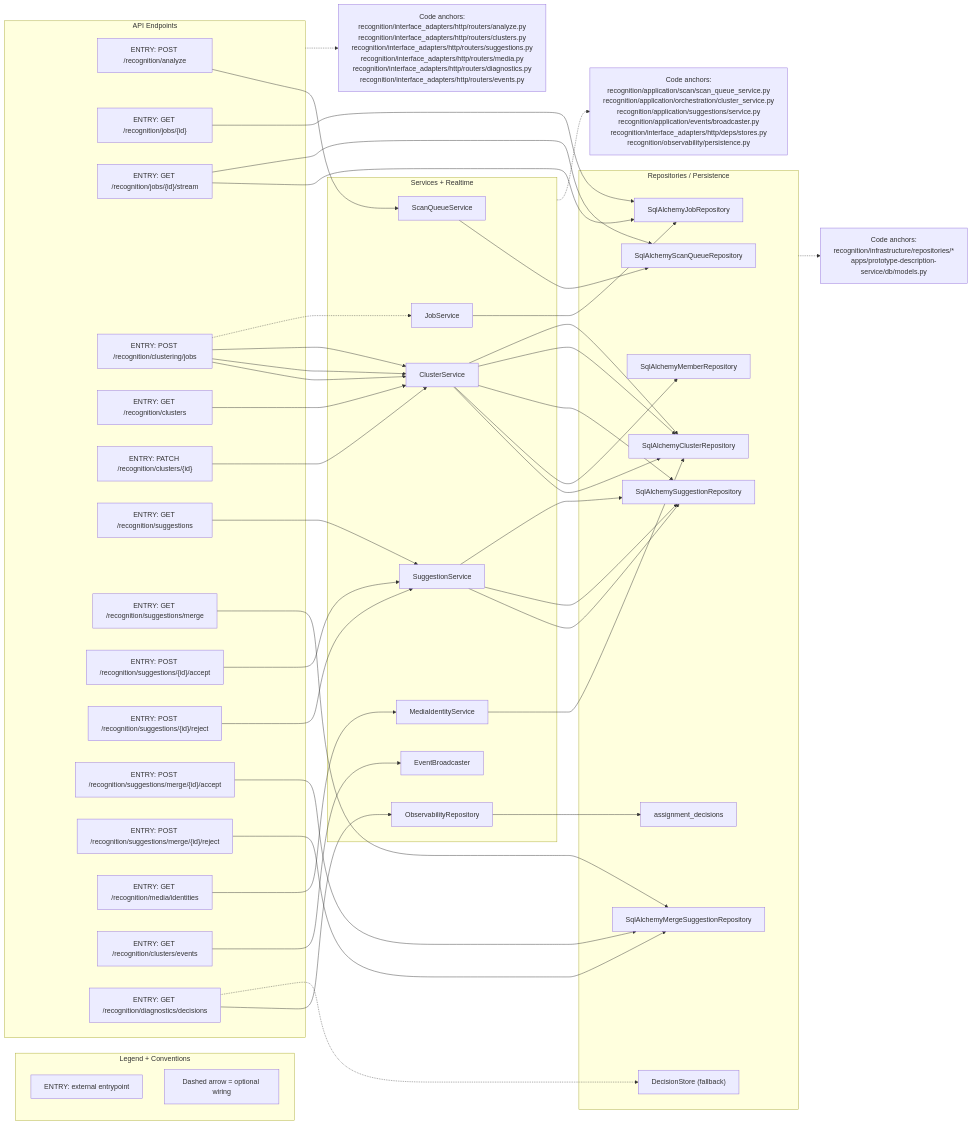
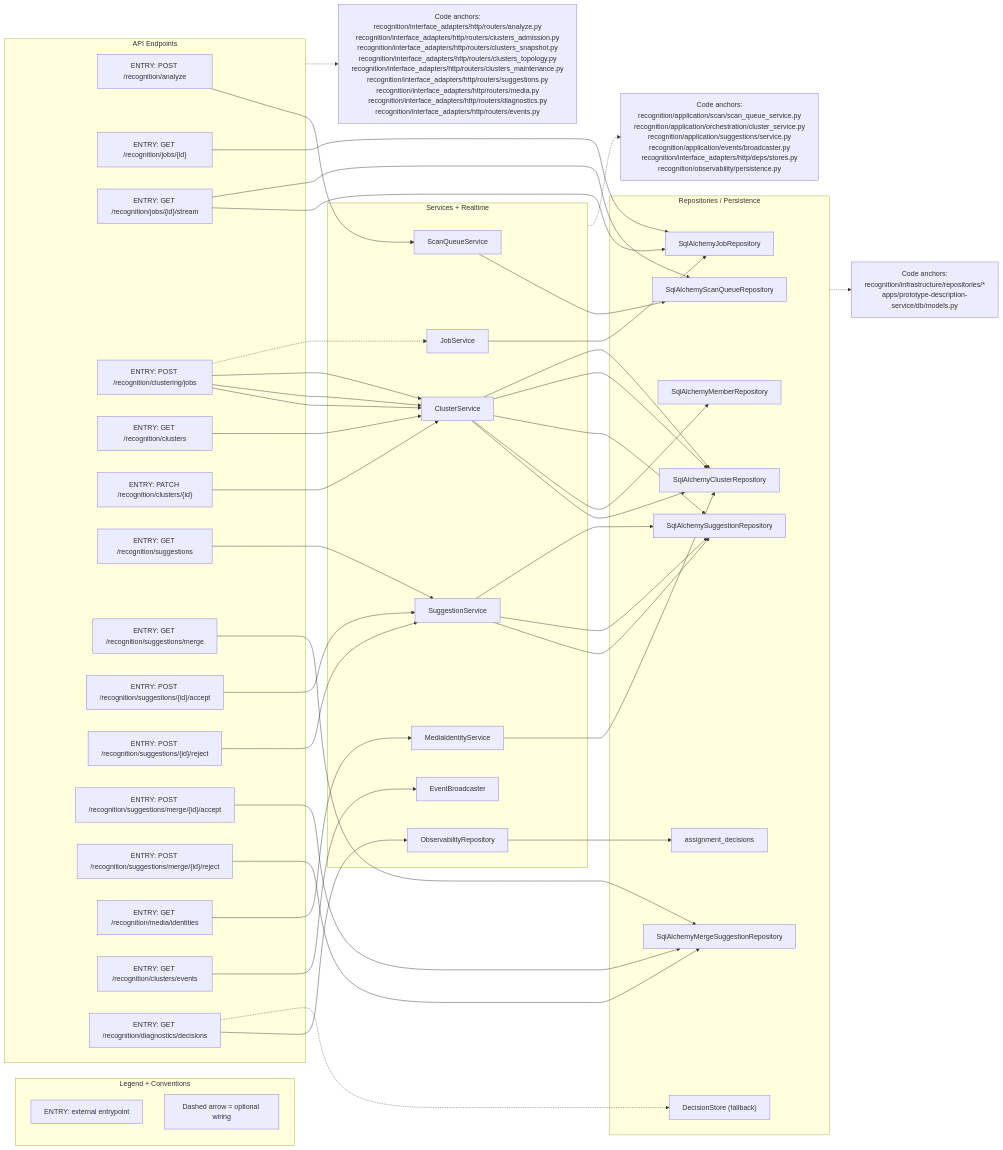
One commit to darce/context-alt-text-monorepo changed the diagram in docs/workstate/diagrams/backend-uml/agent-quick-start.mmd. Above: the diagram before and after it, drawn with Mermaid. The commit also changed 20 other files, not shown here.

```diff
--- a/docs/workstate/diagrams/backend-uml/agent-quick-start.mmd
+++ b/docs/workstate/diagrams/backend-uml/agent-quick-start.mmd
@@ -1,75 +1,75 @@
 flowchart LR
     %% Quick map: endpoints -> services -> repositories
 
     subgraph Legend["Legend + Conventions"]
         direction TB
         LegendEntry["ENTRY: external entrypoint"]
         LegendOptional["Dashed arrow = optional wiring"]
     end
 
     subgraph Endpoints["API Endpoints"]
         Analyze["ENTRY: POST /recognition/analyze"]
         Jobs["ENTRY: GET /recognition/jobs/{id}"]
         JobStream["ENTRY: GET /recognition/jobs/{id}/stream"]
         ClusterJob["ENTRY: POST /recognition/clustering/jobs"]
         Clusters["ENTRY: GET /recognition/clusters"]
         ClusterPatch["ENTRY: PATCH /recognition/clusters/{id}"]
         Suggestions["ENTRY: GET /recognition/suggestions"]
         MergeSuggestions["ENTRY: GET /recognition/suggestions/merge"]
         SuggestAccept["ENTRY: POST /recognition/suggestions/{id}/accept"]
         SuggestReject["ENTRY: POST /recognition/suggestions/{id}/reject"]
         MergeAccept["ENTRY: POST /recognition/suggestions/merge/{id}/accept"]
         MergeReject["ENTRY: POST /recognition/suggestions/merge/{id}/reject"]
         Media["ENTRY: GET /recognition/media/identities"]
         Events["ENTRY: GET /recognition/clusters/events"]
         Diagnostics["ENTRY: GET /recognition/diagnostics/decisions"]
     end
 
     subgraph Services["Services + Realtime"]
         ScanQueue["ScanQueueService"]
         JobService["JobService"]
         ClusterService["ClusterService"]
         SuggestionService["SuggestionService"]
         MediaService["MediaIdentityService"]
         ObsRepo["ObservabilityRepository"]
         Broadcaster["EventBroadcaster"]
     end
 
     subgraph Repos["Repositories / Persistence"]
         ScanQueueRepo["SqlAlchemyScanQueueRepository"]
         JobRepo["SqlAlchemyJobRepository"]
         ClusterRepo["SqlAlchemyClusterRepository"]
         MemberRepo["SqlAlchemyMemberRepository"]
         SuggestionRepo["SqlAlchemySuggestionRepository"]
         MergeSuggestionRepo["SqlAlchemyMergeSuggestionRepository"]
         DecisionsTable["assignment_decisions"]
         DecisionStore["DecisionStore (fallback)"]
     end
 
     Analyze --> ScanQueue --> ScanQueueRepo
     Jobs --> JobRepo
     JobStream --> JobRepo
     JobStream --> ScanQueueRepo
     ClusterJob --> ClusterService --> ClusterRepo
     ClusterJob --> ClusterService --> MemberRepo
     ClusterJob --> ClusterService --> SuggestionRepo
     ClusterJob -.-> JobService --> JobRepo
     Clusters --> ClusterService --> ClusterRepo
     ClusterPatch --> ClusterService --> ClusterRepo
     Suggestions --> SuggestionService --> SuggestionRepo
     SuggestAccept --> SuggestionService --> SuggestionRepo
     SuggestReject --> SuggestionService --> SuggestionRepo
     MergeSuggestions --> MergeSuggestionRepo
     MergeAccept --> MergeSuggestionRepo
     MergeReject --> MergeSuggestionRepo
     Media --> MediaService --> ClusterRepo
     Diagnostics --> ObsRepo --> DecisionsTable
     Diagnostics -.-> DecisionStore
     Events --> Broadcaster
 
-    EndpointCode["Code anchors:\nrecognition/interface_adapters/http/routers/analyze.py\nrecognition/interface_adapters/http/routers/clusters.py\nrecognition/interface_adapters/http/routers/suggestions.py\nrecognition/interface_adapters/http/routers/media.py\nrecognition/interface_adapters/http/routers/diagnostics.py\nrecognition/interface_adapters/http/routers/events.py"]
+    EndpointCode["Code anchors:\nrecognition/interface_adapters/http/routers/analyze.py\nrecognition/interface_adapters/http/routers/clusters_admission.py\nrecognition/interface_adapters/http/routers/clusters_snapshot.py\nrecognition/interface_adapters/http/routers/clusters_topology.py\nrecognition/interface_adapters/http/routers/clusters_maintenance.py\nrecognition/interface_adapters/http/routers/suggestions.py\nrecognition/interface_adapters/http/routers/media.py\nrecognition/interface_adapters/http/routers/diagnostics.py\nrecognition/interface_adapters/http/routers/events.py"]
     ServiceCode["Code anchors:\nrecognition/application/scan/scan_queue_service.py\nrecognition/application/orchestration/cluster_service.py\nrecognition/application/suggestions/service.py\nrecognition/application/events/broadcaster.py\nrecognition/interface_adapters/http/deps/stores.py\nrecognition/observability/persistence.py"]
     RepoCode["Code anchors:\nrecognition/infrastructure/repositories/*\napps/prototype-description-service/db/models.py"]
     Endpoints -.-> EndpointCode
     Services -.-> ServiceCode
     Repos -.-> RepoCode
```
